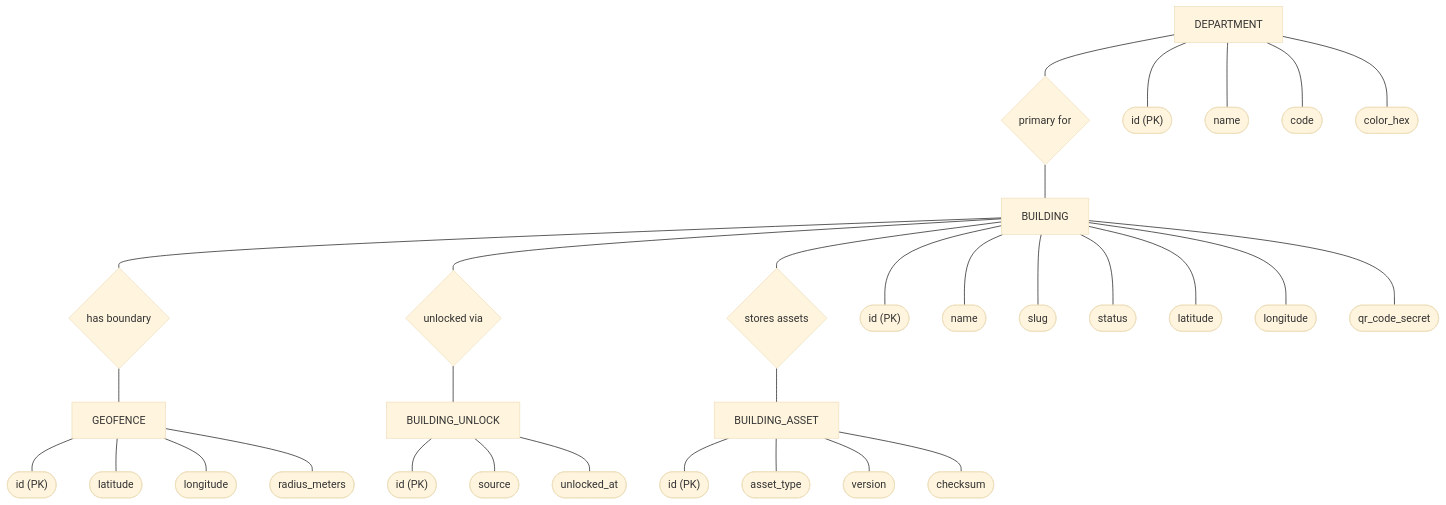
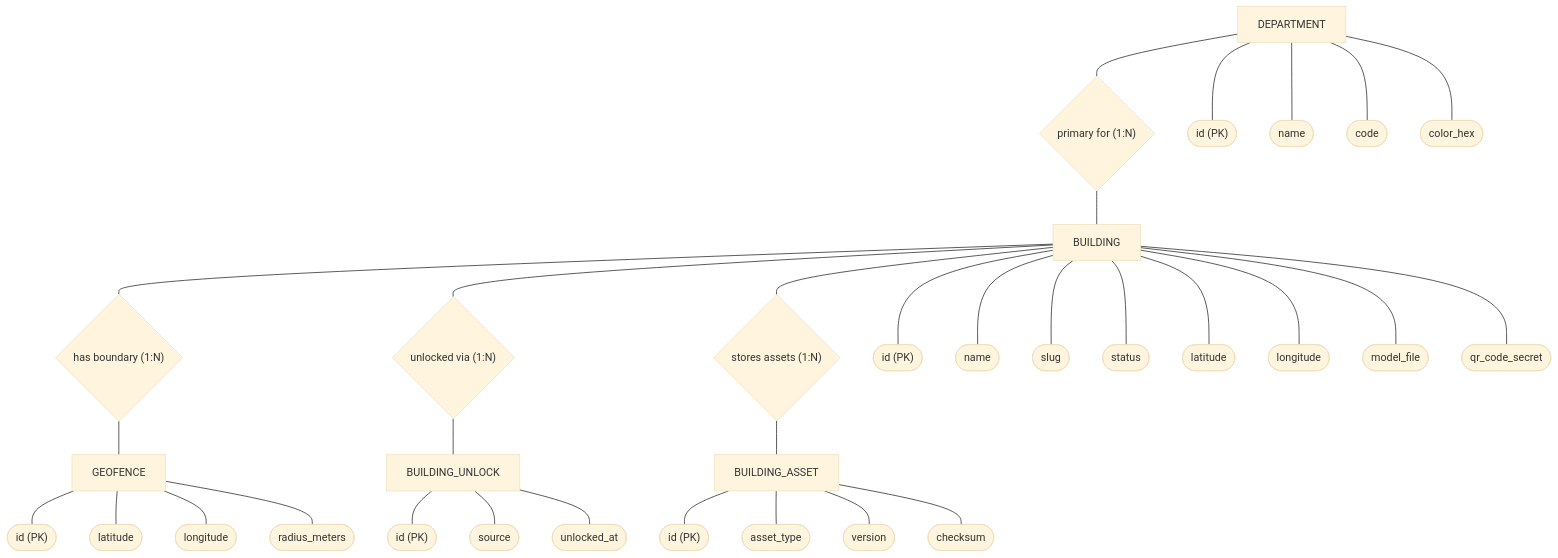
The second of 6 diagrams in erd-model.md (Cipher-Syntax/ARQuest), drawn with Mermaid (base theme) before and after one commit. The commit also changed other lines of this file and 8 other files, not shown here.

Commit message:
Updated: documentation + diagrams

````diff
--- a/erd-model.md
+++ b/erd-model.md
@@ -83,80 +82,82 @@
 ```mermaid
 flowchart TD
     %% Entities
     DEPT["DEPARTMENT"]
     BLDG["BUILDING"]
     GEO["GEOFENCE"]
     UNLOCK["BUILDING_UNLOCK"]
     ASSET["BUILDING_ASSET"]
 
     %% Relationships
-    primary{"primary for"}
-    boundary{"has boundary"}
-    access{"unlocked via"}
-    holds{"stores assets"}
+    primary{"primary for (1:N)"}
+    boundary{"has boundary (1:N)"}
+    access{"unlocked via (1:N)"}
+    holds{"stores assets (1:N)"}
 
-    %% Attributes - Dept
+    %% Attributes - Department
     d_id(["id (PK)"])
     d_name(["name"])
     d_code(["code"])
     d_col(["color_hex"])
     
     DEPT --- d_id
     DEPT --- d_name
     DEPT --- d_code
     DEPT --- d_col
 
-    %% Attributes - Bldg
+    %% Attributes - Building
     b_id(["id (PK)"])
     b_name(["name"])
     b_slug(["slug"])
     b_stat(["status"])
     b_lat(["latitude"])
     b_lng(["longitude"])
+    b_mod(["model_file"])
     b_qr(["qr_code_secret"])
     
     BLDG --- b_id
     BLDG --- b_name
     BLDG --- b_slug
     BLDG --- b_stat
     BLDG --- b_lat
     BLDG --- b_lng
+    BLDG --- b_mod
     BLDG --- b_qr
 
     %% Attributes - Geofence
     g_id(["id (PK)"])
     g_lat(["latitude"])
     g_lng(["longitude"])
     g_rad(["radius_meters"])
     
     GEO --- g_id
     GEO --- g_lat
     GEO --- g_lng
     GEO --- g_rad
 
     %% Attributes - Unlock
     u_id(["id (PK)"])
     u_src(["source"])
     u_at(["unlocked_at"])
     
     UNLOCK --- u_id
     UNLOCK --- u_src
     UNLOCK --- u_at
 
     %% Attributes - Asset
     a_id(["id (PK)"])
     a_type(["asset_type"])
     a_ver(["version"])
     a_chk(["checksum"])
     
     ASSET --- a_id
     ASSET --- a_type
     ASSET --- a_ver
     ASSET --- a_chk
 
     %% Structure
     DEPT --- primary --- BLDG
     BLDG --- boundary --- GEO
     BLDG --- access --- UNLOCK
     BLDG --- holds --- ASSET
 ```
````
